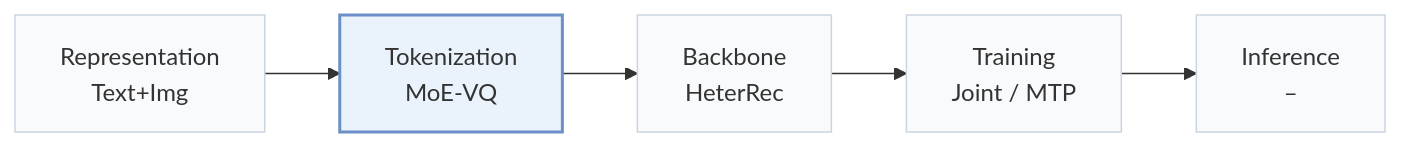
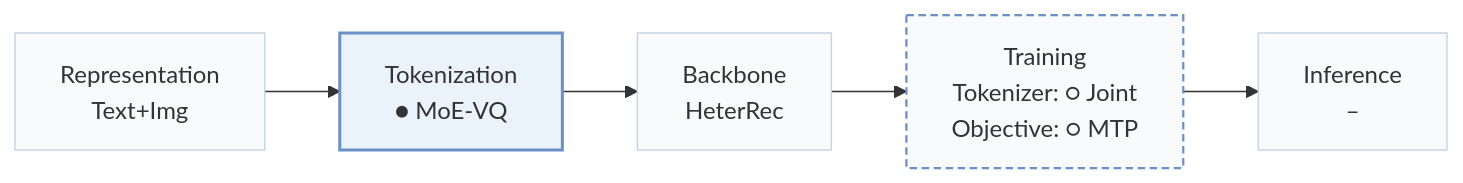
Before and after one commit to Galaxy-ghost/Awesome-SID-Generative-Rec: the first of 2 diagrams in pages/papers/mmq.md, drawn with Mermaid. The commit also changed other lines of this file and 558 other files, not shown here.

````diff
--- a/pages/papers/mmq.md
+++ b/pages/papers/mmq.md
@@ -15,8 +18,10 @@
 ```mermaid
 flowchart LR
-    R["Representation<br/>Text+Img"] --> T["Tokenization<br/>MoE-VQ"] --> B["Backbone<br/>HeterRec"] --> TR["Training<br/>Joint / MTP"] --> I["Inference<br/>–"]
+    R["Representation<br/>Text+Img"] --> T["Tokenization<br/>● MoE-VQ"] --> B["Backbone<br/>HeterRec"] --> TR["Training<br/>Tokenizer: ○ Joint<br/>Objective: ○ MTP"] --> I["Inference<br/>–"]
     classDef base fill:#f8fafc,stroke:#cbd5e1
     class R,T,B,TR,I base
+    classDef other fill:#f8fafc,stroke:#6b8fc7,stroke-width:1.5px,stroke-dasharray:5 3
+    class TR other
     classDef main fill:#eaf2fb,stroke:#6b8fc7,stroke-width:2px
     class T main
 ```
````
